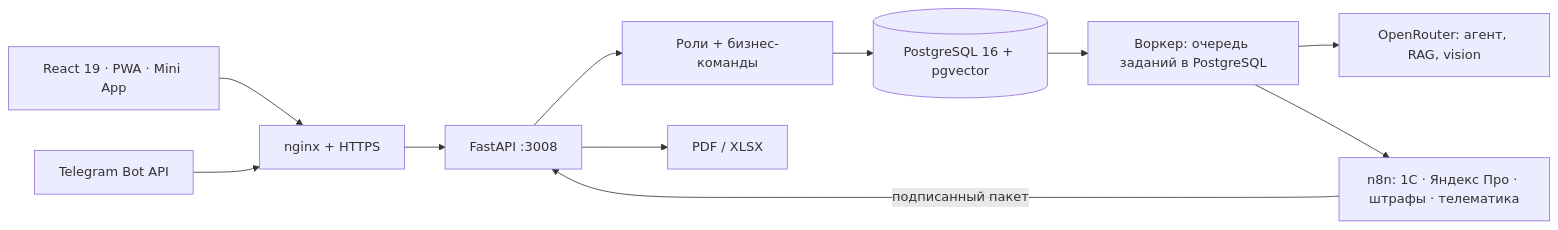
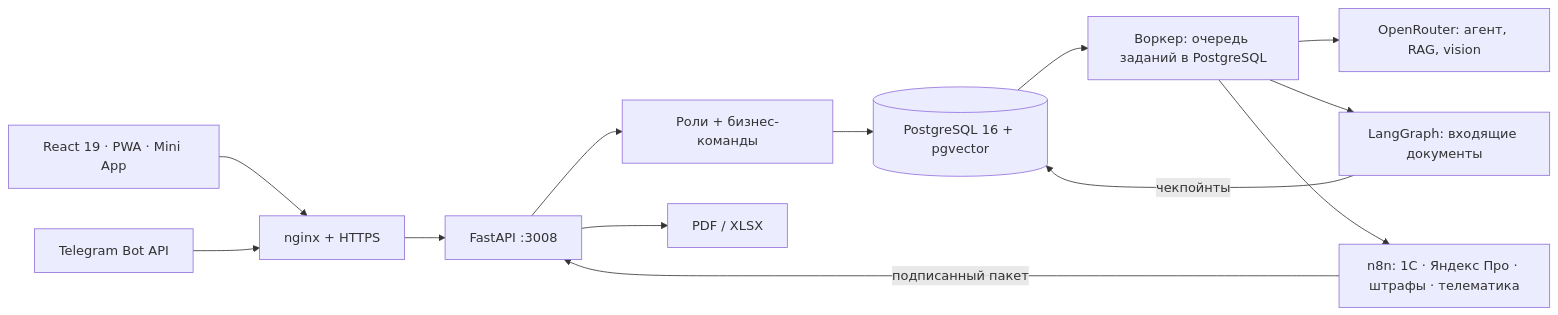
One commit to ZonaNeona/fleet-ai-ops changed the diagram in README.md. Above: the diagram before and after it, drawn with Mermaid. The commit also changed other lines of this file and 2 other files, not shown here.

Commit message:
docs: documents graph ADR, README and demo script

````diff
--- a/README.md
+++ b/README.md
@@ -45,13 +48,15 @@
 ```mermaid
 flowchart LR
     Web[React 19 · PWA · Mini App] --> Nginx[nginx + HTTPS]
     Telegram[Telegram Bot API] --> Nginx
     Nginx --> API[FastAPI :3008]
     API --> Commands[Роли + бизнес-команды]
     Commands --> DB[(PostgreSQL 16 + pgvector)]
     DB --> Worker[Воркер: очередь заданий в PostgreSQL]
     Worker --> AI[OpenRouter: агент, RAG, vision]
+    Worker --> Graph[LangGraph: входящие документы]
+    Graph -->|чекпойнты| DB
     Worker --> N8N[n8n: 1С · Яндекс Про · штрафы · телематика]
     N8N -->|подписанный пакет| API
     API --> Documents[PDF / XLSX]
 ```
````
